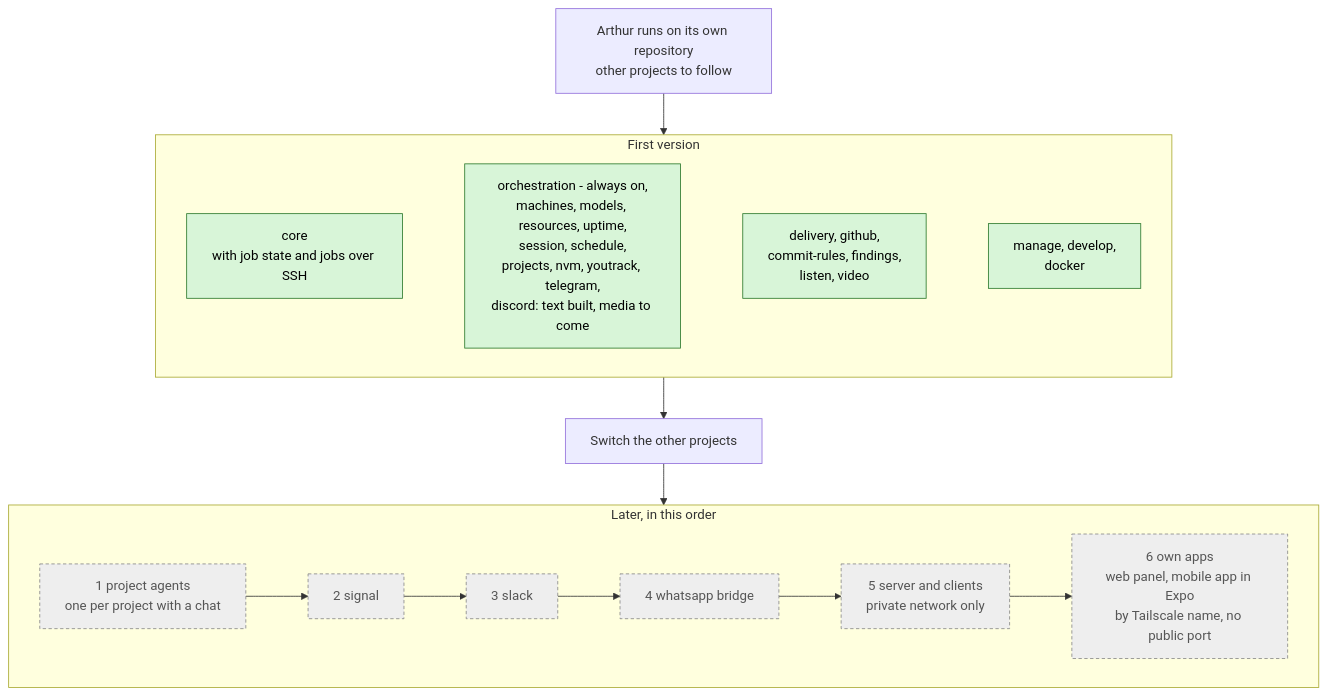
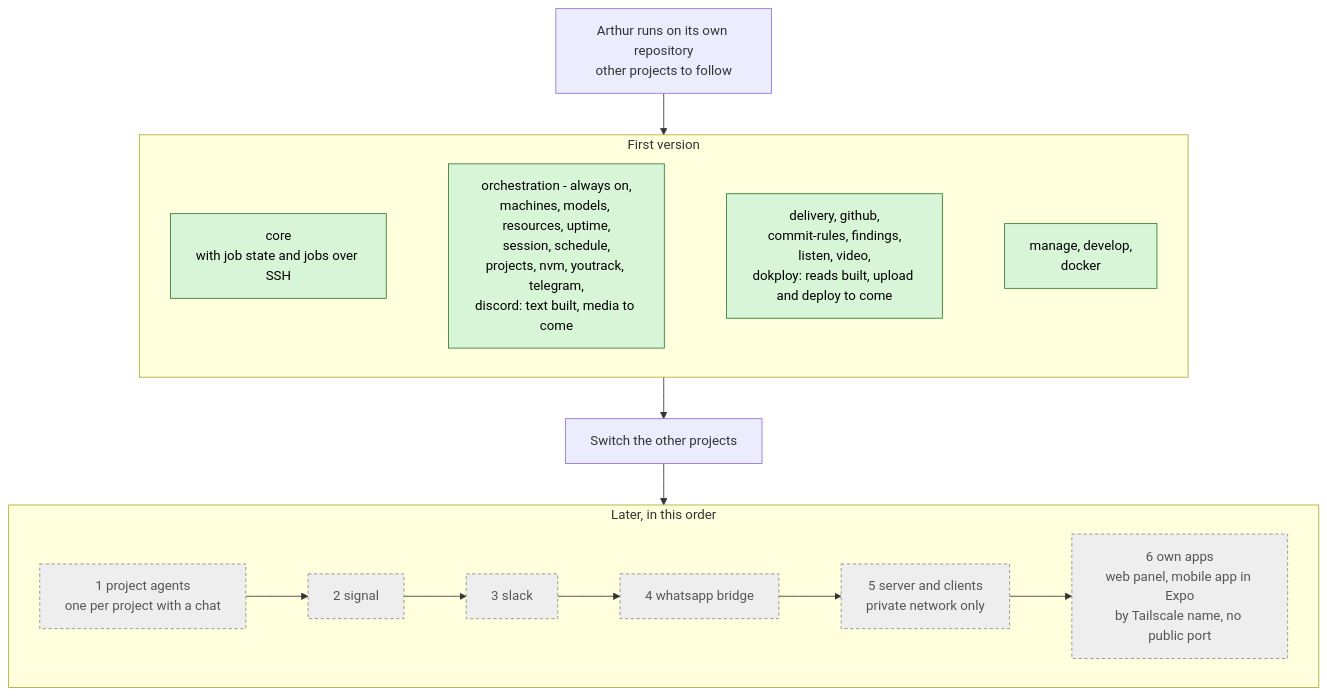
The diagram in docs/architecture/versions.mmd (kacperadler/arthur), drawn with Mermaid before and after one commit. The commit also changed 7 other files, not shown here.

Commit message:
docs(AR0601): dokploy in shared docs, roadmap zones, arthur.mmd status

```diff
--- a/docs/architecture/versions.mmd
+++ b/docs/architecture/versions.mmd
@@ -1,30 +1,30 @@
 %% From the switch (Arthur runs on its own repository since 2026-10-25) to the rest of Arthur's first version and after it. Green = first version, grey dashed = later.
 flowchart TD
   today[Arthur runs on its own repository<br/>other projects to follow]
 
   subgraph V1[First version]
     core[core<br/>with job state and jobs over SSH]
     p1[orchestration - always on,<br/>machines, models, resources, uptime,<br/>session, schedule,<br/>projects, nvm, youtrack, telegram,<br/>discord: text built, media to come]
-    p2[delivery, github,<br/>commit-rules, findings,<br/>listen, video]
+    p2[delivery, github,<br/>commit-rules, findings,<br/>listen, video,<br/>dokploy: reads built, upload and deploy to come]
     p3[manage, develop,<br/>docker]
     core ~~~ p1 ~~~ p2 ~~~ p3
   end
 
   switch2[Switch the other projects]
 
   subgraph V2[Later, in this order]
     agents[1 project agents<br/>one per project with a chat]
     signal[2 signal]
     slack[3 slack]
     whatsapp[4 whatsapp bridge]
     server[5 server and clients<br/>private network only]
     apps[6 own apps<br/>web panel, mobile app in Expo<br/>by Tailscale name, no public port]
     agents --> signal --> slack --> whatsapp --> server --> apps
   end
 
   today --> V1 --> switch2 --> V2
 
   classDef first fill:#d8f5d8,stroke:#2d7a2d,color:#000;
   classDef later fill:#eee,stroke:#888,stroke-dasharray:4 3,color:#555;
   class core,p1,p2,p3 first;
   class agents,signal,slack,whatsapp,server,apps later;
```
